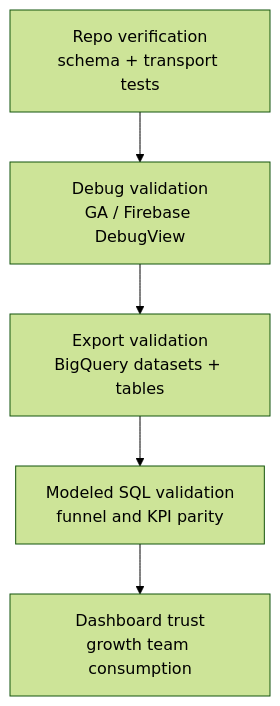
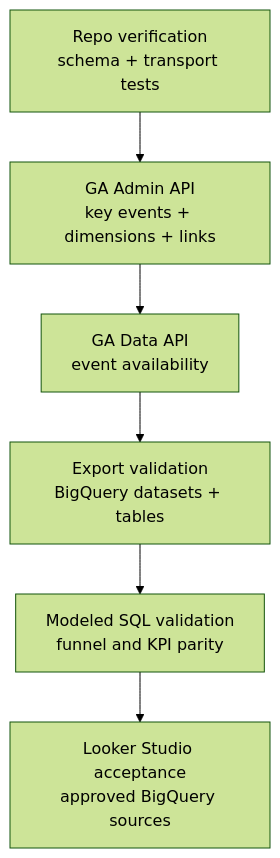
The diagram in docs/reference/quality/analytics-verification-contract.md (hushh-labs/hushh-research), drawn with Mermaid (forest theme) before and after one commit. The commit also changed other lines of this file and 65 other files, not shown here.

````diff
--- a/docs/reference/quality/analytics-verification-contract.md
+++ b/docs/reference/quality/analytics-verification-contract.md
@@ -15,13 +15,15 @@
 ```mermaid
 flowchart TD
   repo["Repo verification<br/>schema + transport tests"]
-  debug["Debug validation<br/>GA / Firebase DebugView"]
+  admin["GA Admin API<br/>key events + dimensions + links"]
+  data["GA Data API<br/>event availability"]
   export["Export validation<br/>BigQuery datasets + tables"]
   model["Modeled SQL validation<br/>funnel and KPI parity"]
-  dashboard["Dashboard trust<br/>growth team consumption"]
+  dashboard["Looker Studio acceptance<br/>approved BigQuery sources"]
 
-  repo --> debug
-  debug --> export
+  repo --> admin
+  admin --> data
+  data --> export
   export --> model
   model --> dashboard
 ```
````
